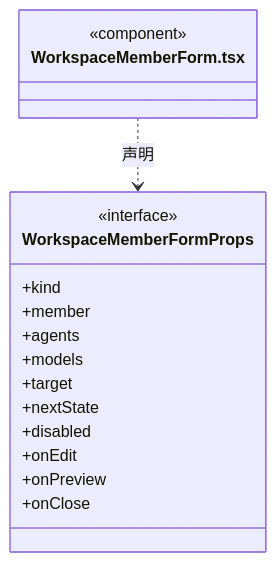
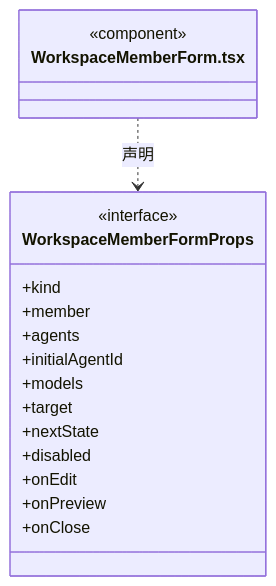
Before and after one commit to nan023062/cbim: diagram 20 of 25 in src/frontend/team/ARCHITECTURE.md, drawn with Mermaid. The commit also changed other lines of this file and 18 other files, not shown here.

````diff
--- a/src/frontend/team/ARCHITECTURE.md
+++ b/src/frontend/team/ARCHITECTURE.md
@@ -346,20 +346,21 @@
 ```mermaid
 classDiagram
 class N_src_frontend_team_WorkspaceMemberForm_tsx["WorkspaceMemberForm.tsx"] {
   <<component>>
 }
 class N_src_frontend_team_WorkspaceMemberForm_tsx_WorkspaceMemberFormProps["WorkspaceMemberFormProps"] {
   <<interface>>
   +kind
   +member
   +agents
+  +initialAgentId
   +models
   +target
   +nextState
   +disabled
   +onEdit
   +onPreview
   +onClose
 }
 N_src_frontend_team_WorkspaceMemberForm_tsx ..> N_src_frontend_team_WorkspaceMemberForm_tsx_WorkspaceMemberFormProps : 声明
 ```
````
